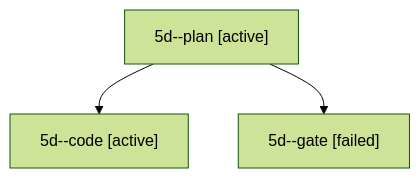
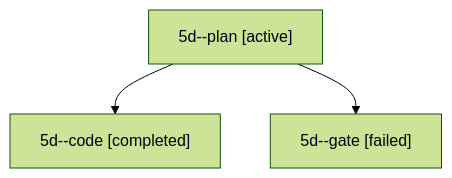
The diagram in sessions/bbugyi200.apollo.5d.md (bobs-org/bob-cli--agents), drawn with Mermaid (forest theme) before and after one commit. The commit also changed other lines of this file and 29 other files, not shown here.

````diff
--- a/sessions/bbugyi200.apollo.5d.md
+++ b/sessions/bbugyi200.apollo.5d.md
@@ -9,8 +9,8 @@
 ```mermaid
 flowchart TD
   n0["5d--plan [active]"]
-  n1["5d--code [active]"]
+  n1["5d--code [completed]"]
   n0 --> n1
   n2["5d--gate [failed]"]
   n0 --> n2
 ```
````
